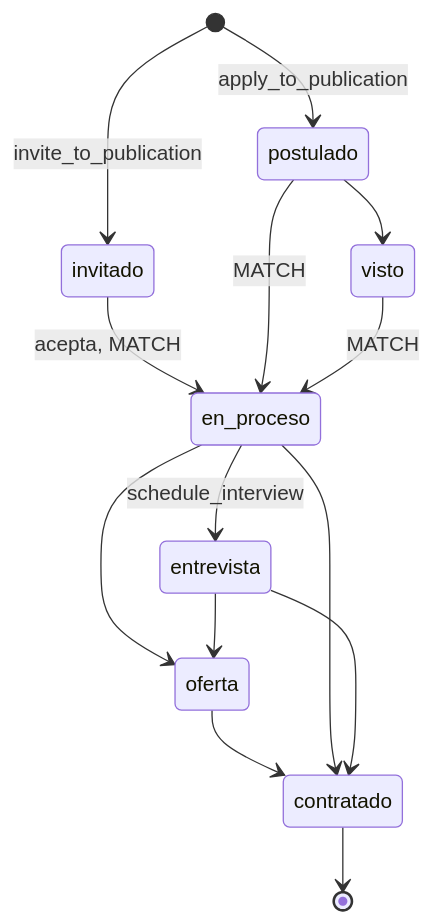
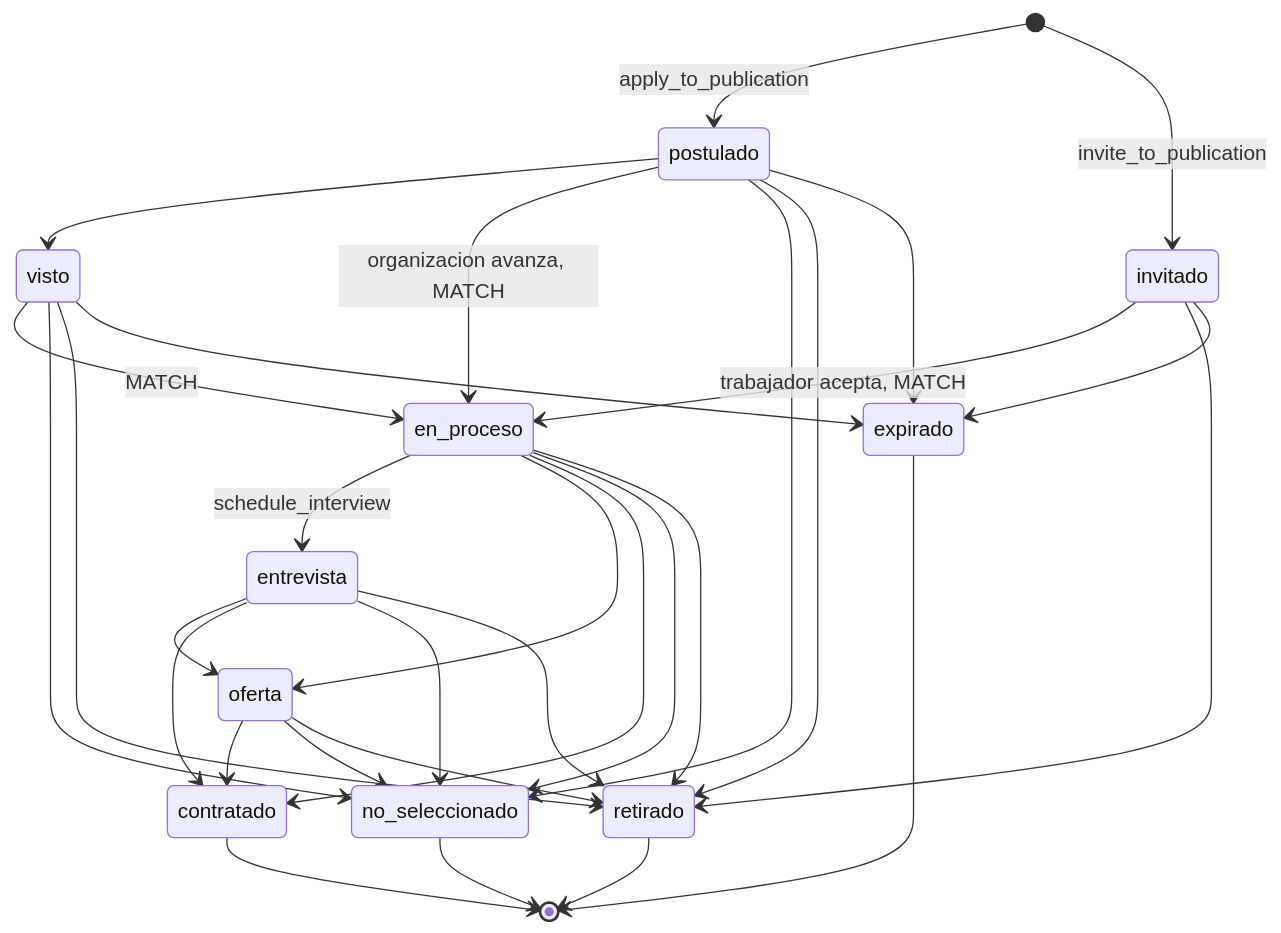
The sixth of 9 diagrams in docs/rediseno/03-base-de-datos.md (juanfosorio19-lab/TalentlyApp), drawn with Mermaid before and after one commit. The commit also changed other lines of this file, not shown here.

````diff
--- a/docs/rediseno/03-base-de-datos.md
+++ b/docs/rediseno/03-base-de-datos.md
@@ -308,16 +1372,33 @@
 ```mermaid
 stateDiagram-v2
   [*] --> postulado : apply_to_publication
   [*] --> invitado : invite_to_publication
-  invitado --> en_proceso : acepta, MATCH
+  invitado --> en_proceso : trabajador acepta, MATCH
+  invitado --> retirado
+  invitado --> expirado
   postulado --> visto
-  postulado --> en_proceso : MATCH
+  postulado --> en_proceso : organizacion avanza, MATCH
   visto --> en_proceso : MATCH
+  postulado --> no_seleccionado
+  visto --> no_seleccionado
+  postulado --> retirado
+  visto --> retirado
+  postulado --> expirado
+  visto --> expirado
   en_proceso --> entrevista : schedule_interview
   en_proceso --> oferta
   entrevista --> oferta
   oferta --> contratado
   en_proceso --> contratado
   entrevista --> contratado
+  en_proceso --> no_seleccionado
+  entrevista --> no_seleccionado
+  oferta --> no_seleccionado
+  en_proceso --> retirado
+  entrevista --> retirado
+  oferta --> retirado
   contratado --> [*]
+  no_seleccionado --> [*]
+  retirado --> [*]
+  expirado --> [*]
 ```
````
